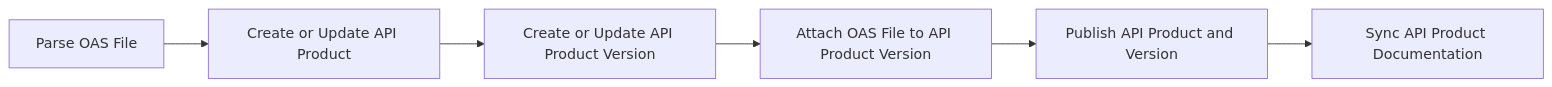
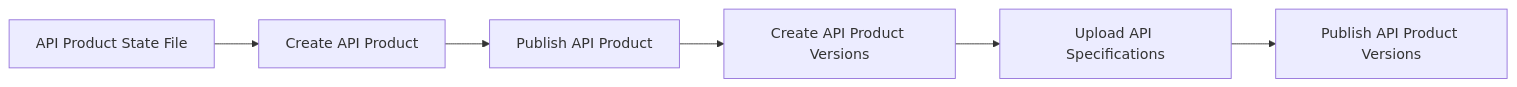
One commit to pantsel/konnect-portal-ops-cli changed the diagram in README_v2.md. Above: the diagram before and after it, drawn with Mermaid. The commit also changed other lines of this file and 3 other files, not shown here.

````diff
--- a/README_v2.md
+++ b/README_v2.md
@@ -60,8 +109,8 @@
 ```mermaid
 graph LR
-    A[Parse OAS File] --> B[Create or Update API Product]
-    B --> C[Create or Update API Product Version]
-    C --> D[Attach OAS File to API Product Version]
-    D --> E[Publish API Product and Version]
-    E --> F[Sync API Product Documentation]
+    A[API Product State File] --> B[Create API Product]
+    B --> C[Publish API Product]
+    C --> D[Create API Product Versions]
+    D --> E[Upload API Specifications]
+    E --> F[Publish API Product Versions]
 ```
````
